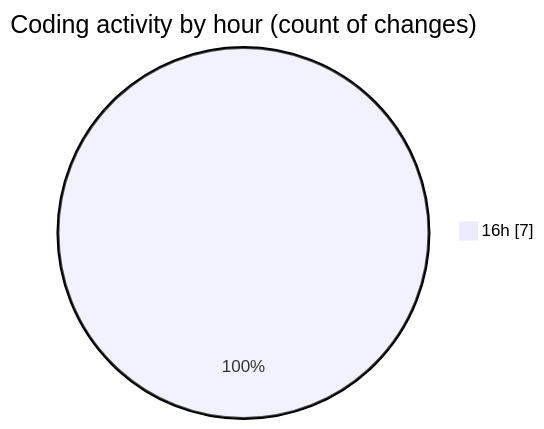
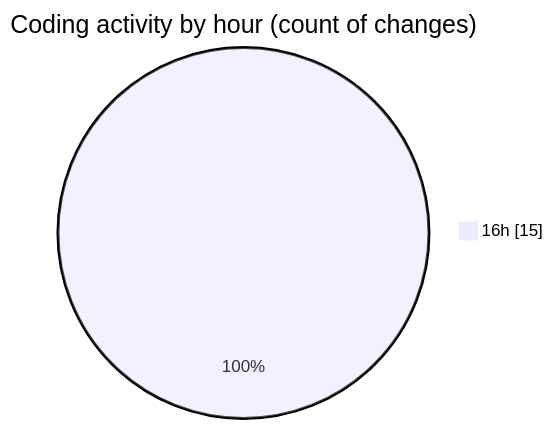
The second of 2 diagrams in 2025-02-20/gymmanager/README.md (Elitesun/code-tracking), drawn with Mermaid before and after one commit. The commit also changed other lines of this file and 1 other file, not shown here.

````diff
--- a/2025-02-20/gymmanager/README.md
+++ b/2025-02-20/gymmanager/README.md
@@ -31,5 +35,5 @@
 ```mermaid
 pie showData
 title Coding activity by hour (count of changes)
-"16h" : 7
+"16h" : 15
 ```
````
